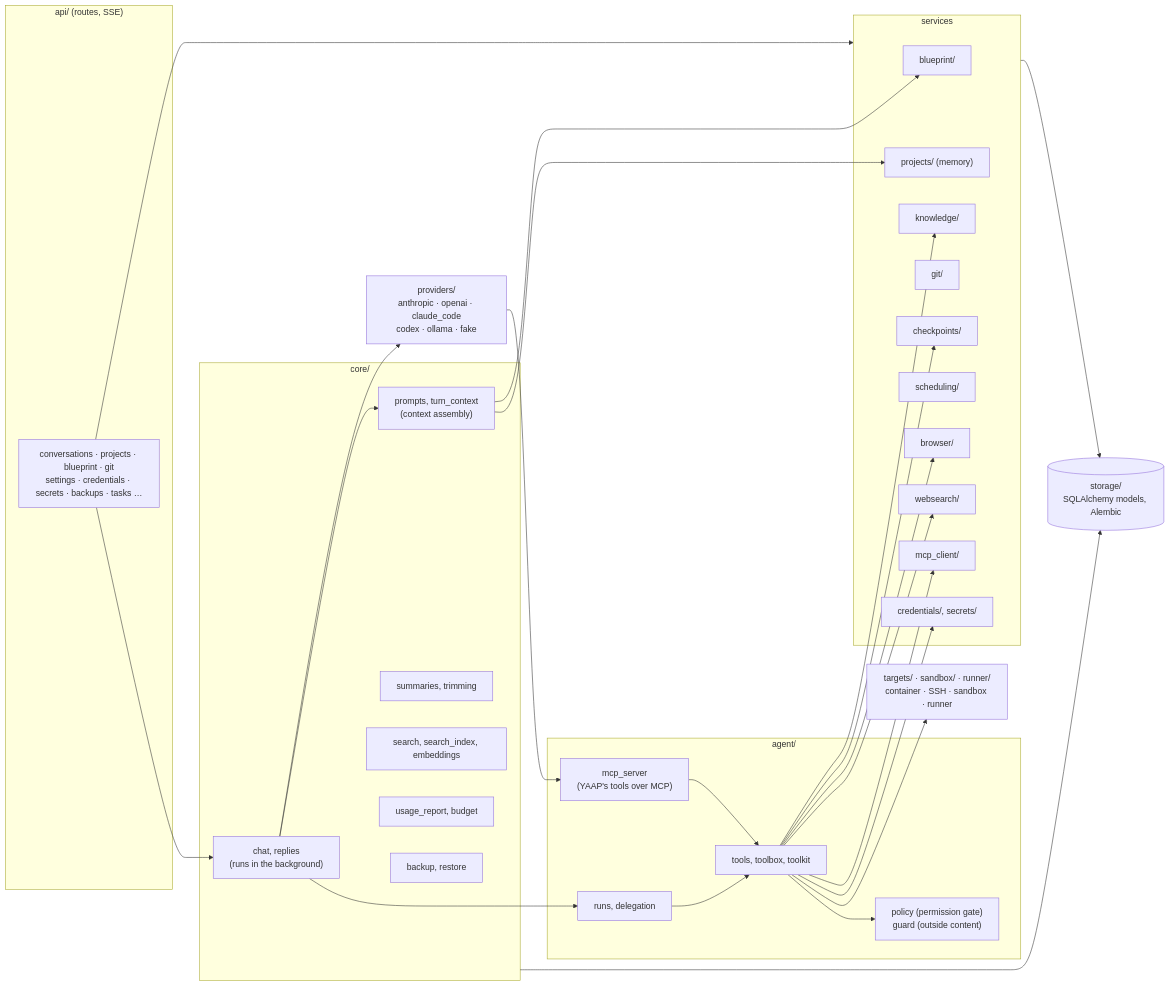
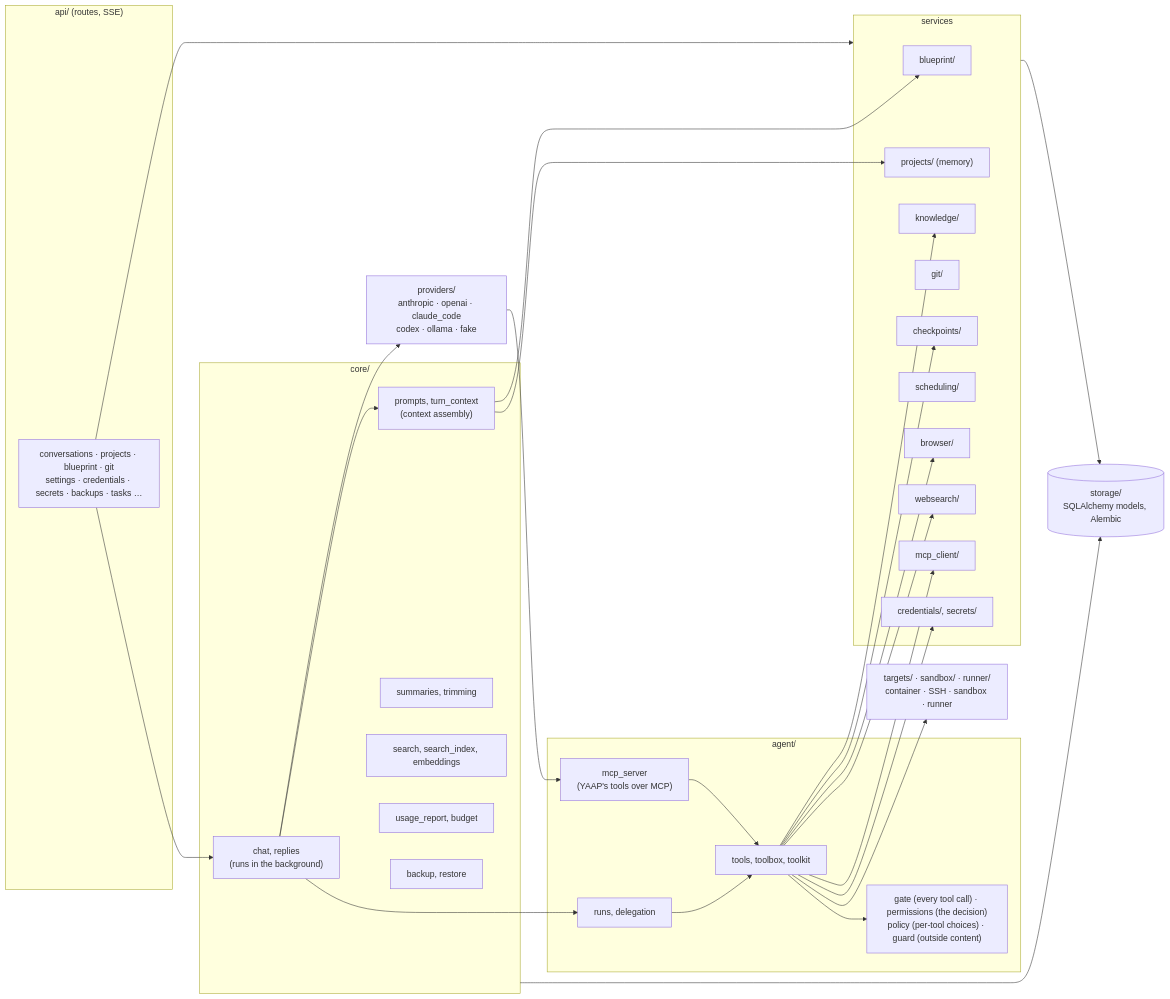
Before and after one commit to jelvodev/yaap: the third of 7 diagrams in docs/architecture.md, drawn with Mermaid. The commit also changed other lines of this file and 32 other files, not shown here.

````diff
--- a/docs/architecture.md
+++ b/docs/architecture.md
@@ -112,60 +115,60 @@
 ```mermaid
 flowchart LR
     subgraph api["api/ (routes, SSE)"]
         routes["conversations · projects · blueprint · git<br/>settings · credentials · secrets · backups · tasks …"]
     end
 
     subgraph core["core/"]
         chat["chat, replies<br/>(runs in the background)"]
         context["prompts, turn_context<br/>(context assembly)"]
         hygiene["summaries, trimming"]
         search["search, search_index, embeddings"]
         usage["usage_report, budget"]
         backup["backup, restore"]
     end
 
     subgraph agent["agent/"]
         runner["runs, delegation"]
         tools["tools, toolbox, toolkit"]
-        gate["policy (permission gate)<br/>guard (outside content)"]
+        gate["gate (every tool call) · permissions (the decision)<br/>policy (per-tool choices) · guard (outside content)"]
         mcpserver["mcp_server<br/>(YAAP's tools over MCP)"]
     end
 
     subgraph services["services"]
         blueprint["blueprint/"]
         projects["projects/ (memory)"]
         knowledge["knowledge/"]
         git["git/"]
         checkpoints["checkpoints/"]
         scheduling["scheduling/"]
         browser["browser/"]
         websearch["websearch/"]
         mcpclient["mcp_client/"]
         secrets["credentials/, secrets/"]
     end
 
     providers["providers/<br/>anthropic · openai · claude_code<br/>codex · ollama · fake"]
     targets["targets/ · sandbox/ · runner/<br/>container · SSH · sandbox · runner"]
     storage[("storage/<br/>SQLAlchemy models, Alembic")]
 
     routes --> chat
     routes --> services
     chat --> context
     chat --> providers
     chat --> runner
     context --> blueprint
     context --> projects
     runner --> tools
     tools --> gate
     mcpserver --> tools
     tools --> targets
     tools --> checkpoints
     tools --> knowledge
     tools --> browser
     tools --> websearch
     tools --> mcpclient
     tools --> secrets
     providers --> mcpserver
     core --> storage
     services --> storage
 ```
````
